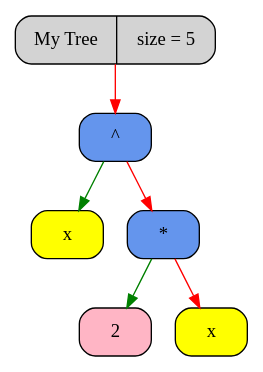
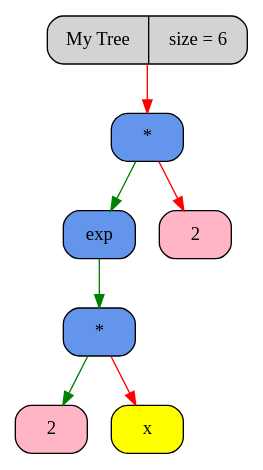
One commit to Pelmeshka127/Differenciator-Machine-Son changed the diagram in graphics/graph.dot. Above: the diagram before and after it, drawn with Graphviz. The commit also changed 23 other files, not shown here.

```diff
--- a/graphics/graph.dot
+++ b/graphics/graph.dot
@@ -1,17 +1,19 @@
 digraph Tree
 {
    rankdir = HR;
    node[fontsize=14];
    edge[color="black",fontcolor="blue",fontsize=12];
-   tree[shape = Mrecord, style = filled, filcolor = "red", label = "My Tree | size = 5"];
-   "0x106801fc0"[shape = Mrecord, style = filled, fillcolor = "cornflowerblue",   label = " <value> ^"];
-  "0x106801fc0" -> "0x106801f90" [color = "green"];
-  "0x106801fc0" -> "0x106801f60" [color = "red"];
-   "0x106801f90"[shape = Mrecord, style = filled, fillcolor = "yellow",   label = " <value> x"];
-   "0x106801f60"[shape = Mrecord, style = filled, fillcolor = "cornflowerblue",   label = " <value> *"];
-  "0x106801f60" -> "0x106801f30" [color = "green"];
-  "0x106801f60" -> "0x106801f00" [color = "red"];
-   "0x106801f30"[shape = Mrecord, style = filled, fillcolor = "pink1",   label = " <value> 2"];
-   "0x106801f00"[shape = Mrecord, style = filled, fillcolor = "yellow",   label = " <value> x"];
-   tree -> "0x106801fc0" [color = "red"];
+   tree[shape = Mrecord, style = filled, filcolor = "red", label = "My Tree | size = 6"];
+   "0x106601cf0"[shape = Mrecord, style = filled, fillcolor = "cornflowerblue",   label = " <value> *"];
+  "0x106601cf0" -> "0x106601e70" [color = "green"];
+  "0x106601cf0" -> "0x106601d20" [color = "red"];
+   "0x106601e70"[shape = Mrecord, style = filled, fillcolor = "cornflowerblue",   label = " <value> exp"];
+  "0x106601e70" -> "0x106601f00" [color = "green"];
+   "0x106601f00"[shape = Mrecord, style = filled, fillcolor = "cornflowerblue",   label = " <value> *"];
+  "0x106601f00" -> "0x106601ed0" [color = "green"];
+  "0x106601f00" -> "0x106601ea0" [color = "red"];
+   "0x106601ed0"[shape = Mrecord, style = filled, fillcolor = "pink1",   label = " <value> 2"];
+   "0x106601ea0"[shape = Mrecord, style = filled, fillcolor = "yellow",   label = " <value> x"];
+   "0x106601d20"[shape = Mrecord, style = filled, fillcolor = "pink1",   label = " <value> 2"];
+   tree -> "0x106601cf0" [color = "red"];
 }
```
